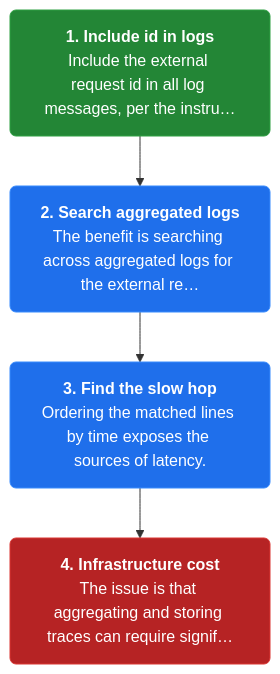
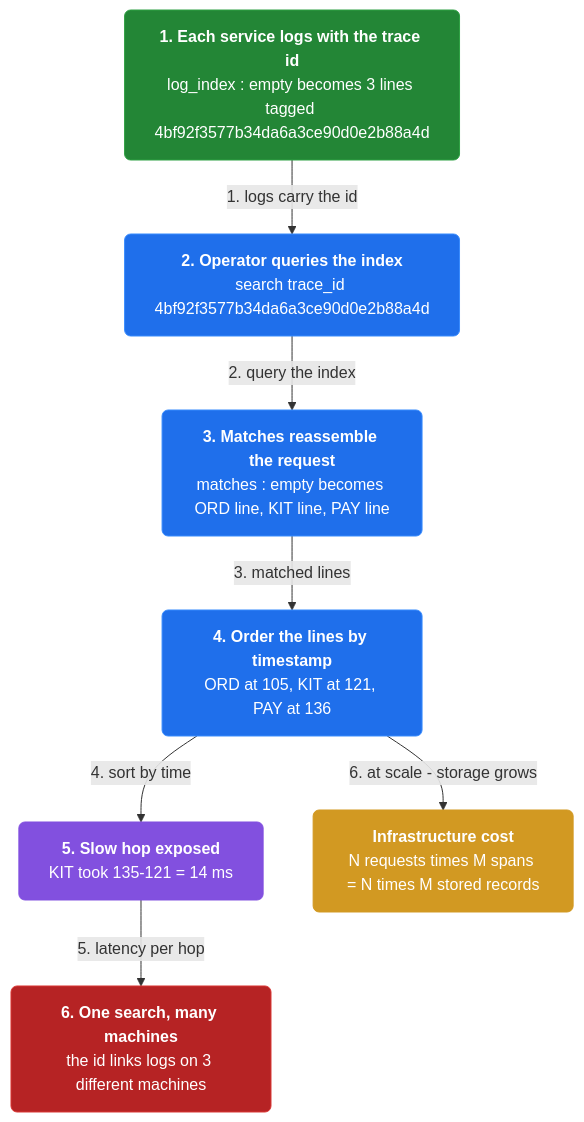
Before and after one commit to vinayakuber/microservices-io-study-guide: the fourth of 4 diagrams in docs/ch33-distributed-tracing.md, drawn with Mermaid. The commit also changed other lines of this file and 46 other files, not shown here.

First line of the commit message:
Author rich branching flow diagrams for all 44 chapters

````diff
--- a/docs/ch33-distributed-tracing.md
+++ b/docs/ch33-distributed-tracing.md
@@ -136,13 +171,21 @@
 ```mermaid
 flowchart TD
-  classDef step fill:#1f6feb,color:#ffffff,stroke:#388bfd,stroke-width:1px,rx:6
+  classDef step fill:#1f6feb,color:#ffffff,stroke:#388bfd,rx:6
+  classDef core fill:#8250df,color:#ffffff,stroke:#8250df,rx:6
+  classDef warn fill:#d29922,color:#ffffff,stroke:#d29922,rx:6
   classDef start fill:#238636,color:#ffffff,stroke:#2ea043,rx:6
   classDef stop fill:#b62324,color:#ffffff,stroke:#da3633,rx:6
-  s3n0["<b>1. Include id in logs</b><br/>Include the external request id in all log messages, per the instru…"]:::start
-  s3n1["<b>2. Search aggregated logs</b><br/>The benefit is searching across aggregated logs for the external re…"]:::step
-  s3n2["<b>3. Find the slow hop</b><br/>Ordering the matched lines by time exposes the sources of latency."]:::step
-  s3n3["<b>4. Infrastructure cost</b><br/>The issue is that aggregating and storing traces can require signif…"]:::stop
-  s3n0 --> s3n1
-  s3n1 --> s3n2
-  s3n2 --> s3n3
+  n0["<b>1. Each service logs with the trace id</b><br/>log_index : empty becomes 3 lines tagged 4bf92f3577b34da6a3ce90d0e2b88a4d"]:::start
+  n1["<b>2. Operator queries the index</b><br/>search trace_id 4bf92f3577b34da6a3ce90d0e2b88a4d"]:::step
+  n2["<b>3. Matches reassemble the request</b><br/>matches : empty becomes ORD line, KIT line, PAY line"]:::step
+  n3["<b>4. Order the lines by timestamp</b><br/>ORD at 105, KIT at 121, PAY at 136"]:::step
+  n4["<b>5. Slow hop exposed</b><br/>KIT took 135-121 = 14 ms"]:::core
+  n5["<b>6. One search, many machines</b><br/>the id links logs on 3 different machines"]:::stop
+  n6["<b>Infrastructure cost</b><br/>N requests times M spans = N times M stored records"]:::warn
+  n0 -->|"1. logs carry the id"| n1
+  n1 -->|"2. query the index"| n2
+  n2 -->|"3. matched lines"| n3
+  n3 -->|"4. sort by time"| n4
+  n4 -->|"5. latency per hop"| n5
+  n3 -->|"6. at scale - storage grows"| n6
 ```
````
